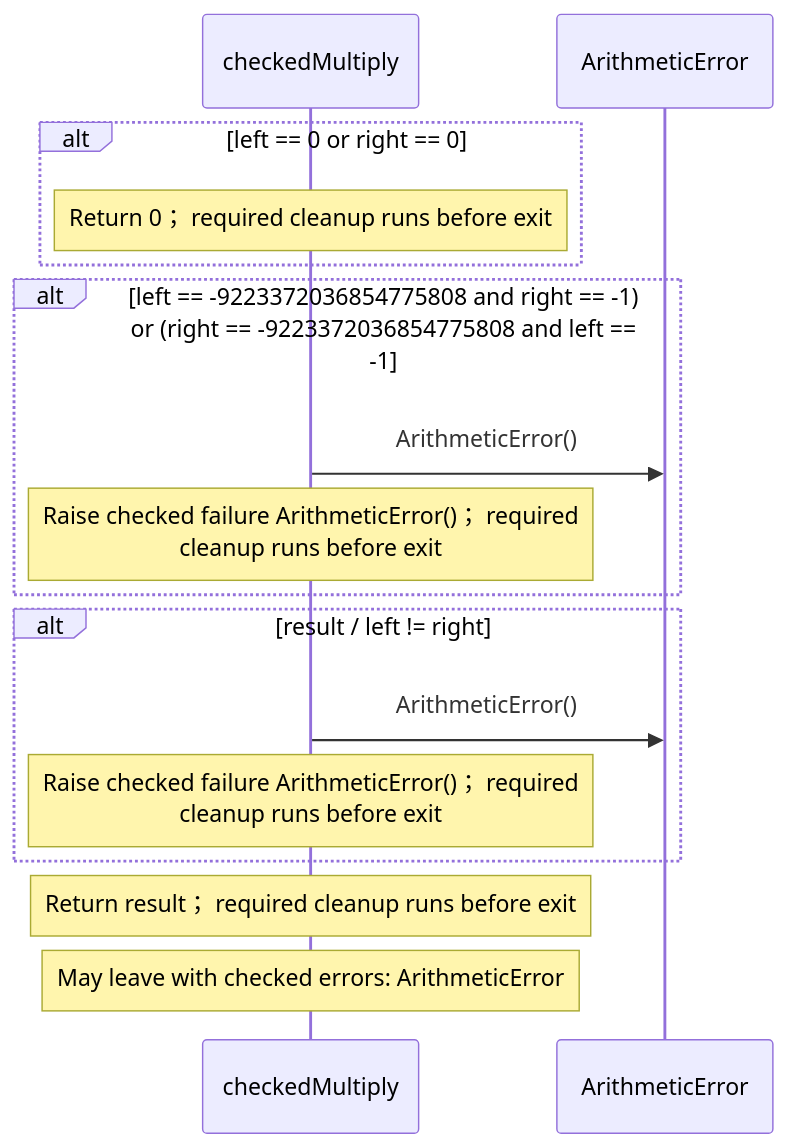
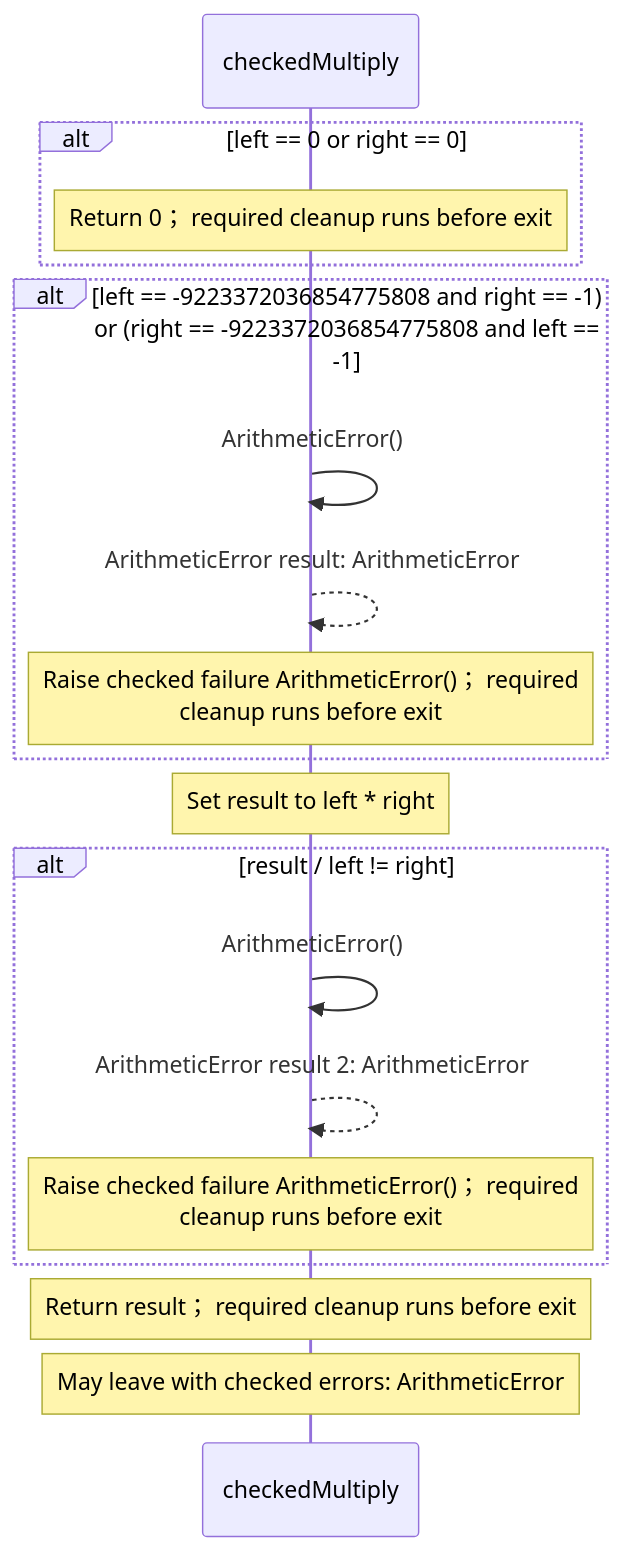
Before and after one commit to GreenPandaStudios/augscript: the third of 7 diagrams in src/stdlib/math/integers.aug.diagrams.md, drawn with Mermaid. The commit also changed other lines of this file and 304 other files, not shown here.

Commit message:
Make generated data-flow sequences concise and review every diagram

````diff
--- a/src/stdlib/math/integers.aug.diagrams.md
+++ b/src/stdlib/math/integers.aug.diagrams.md
@@ -69,18 +58,21 @@
 ```mermaid
 sequenceDiagram
     participant p0 as checkedMultiply
-    participant p1 as ArithmeticError
+
     alt left == 0 or right == 0
     Note over p0: Return 0； required cleanup runs before exit
     end
     alt left == -9223372036854775808 and right == -1) or (right == -9223372036854775808 and left == -1
-    p0->>p1: ArithmeticError()
+    p0->>p0: ArithmeticError()
+    p0-->>p0: ArithmeticError result: ArithmeticError
     Note over p0: Raise checked failure ArithmeticError()； required<br/>cleanup runs before exit
     end
+    Note over p0: Set result to left * right
     alt result / left != right
-    p0->>p1: ArithmeticError()
+    p0->>p0: ArithmeticError()
+    p0-->>p0: ArithmeticError result 2: ArithmeticError
     Note over p0: Raise checked failure ArithmeticError()； required<br/>cleanup runs before exit
     end
     Note over p0: Return result； required cleanup runs before exit
     Note over p0: May leave with checked errors: ArithmeticError
 ```
````
